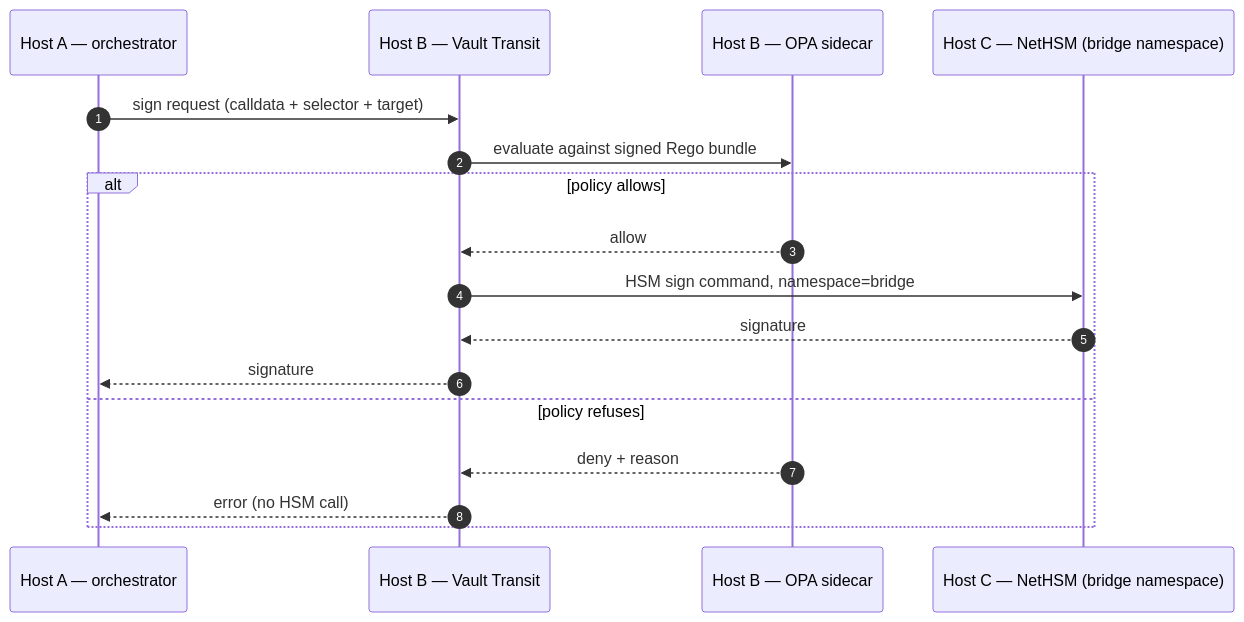
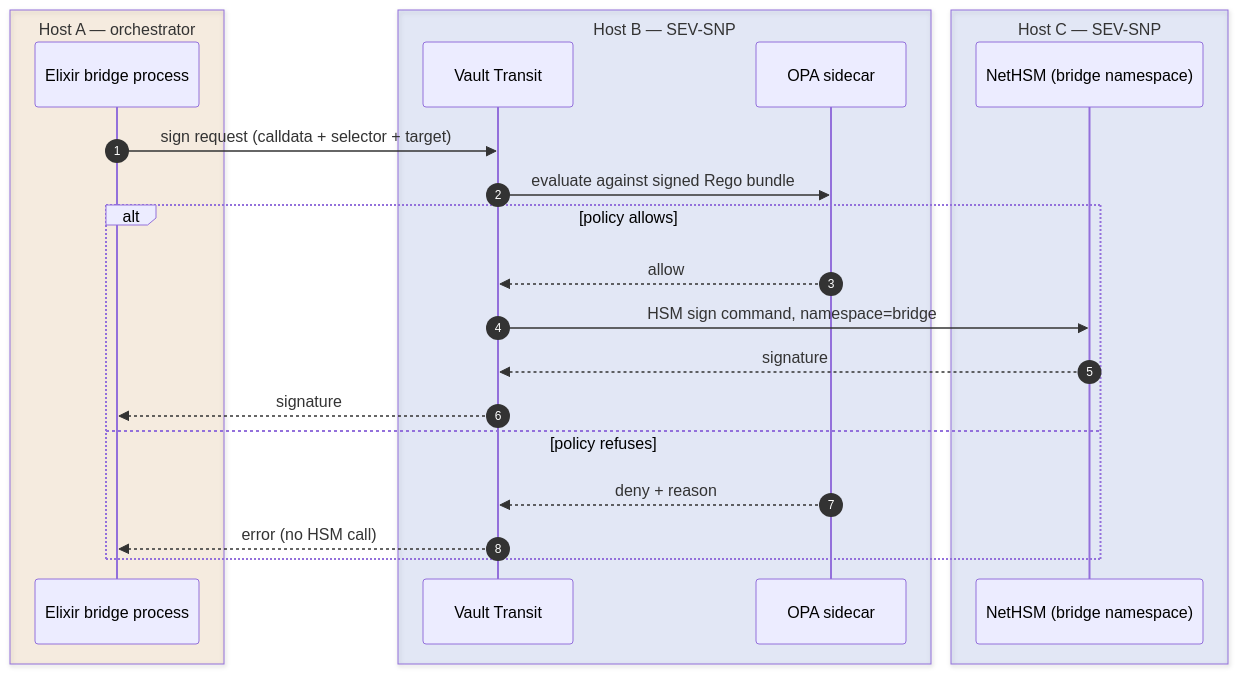
One commit to igor53627/2d-docs changed the second of 3 diagrams in src/content/docs/architecture/hsm-topology.mdx. Above: the diagram before and after it, drawn with Mermaid. The commit also changed other lines of this file and 1 other file, not shown here.

First line of the commit message:
docs: Improve styling and layout of Mermaid diagrams in hsm-topology

````diff
--- a/src/content/docs/architecture/hsm-topology.mdx
+++ b/src/content/docs/architecture/hsm-topology.mdx
@@ -73,19 +73,25 @@
 ```mermaid
 sequenceDiagram
   autonumber
-  participant Orch as Host A — orchestrator
-  participant Vault as Host B — Vault Transit
-  participant OPA as Host B — OPA sidecar
-  participant HSM as Host C — NetHSM (bridge namespace)
+  box rgba(217, 119, 6, 0.1) Host A — orchestrator
+    participant Orch as Elixir bridge process
+  end
+  box rgba(29, 78, 216, 0.1) Host B — SEV-SNP
+    participant Vault as Vault Transit
+    participant OPA as OPA sidecar
+  end
+  box rgba(29, 78, 216, 0.1) Host C — SEV-SNP
+    participant HSM as NetHSM (bridge namespace)
+  end
   Orch->>Vault: sign request (calldata + selector + target)
   Vault->>OPA: evaluate against signed Rego bundle
   alt policy allows
     OPA-->>Vault: allow
     Vault->>HSM: HSM sign command, namespace=bridge
     HSM-->>Vault: signature
     Vault-->>Orch: signature
   else policy refuses
     OPA-->>Vault: deny + reason
     Vault-->>Orch: error (no HSM call)
   end
 ```
````
